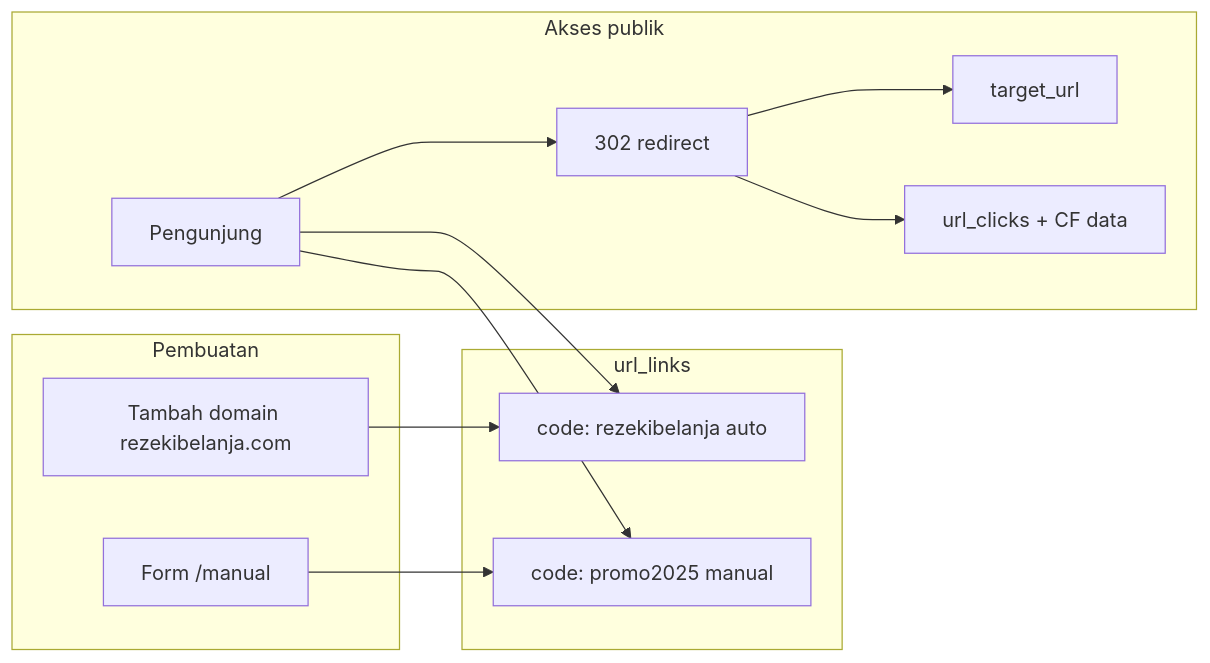
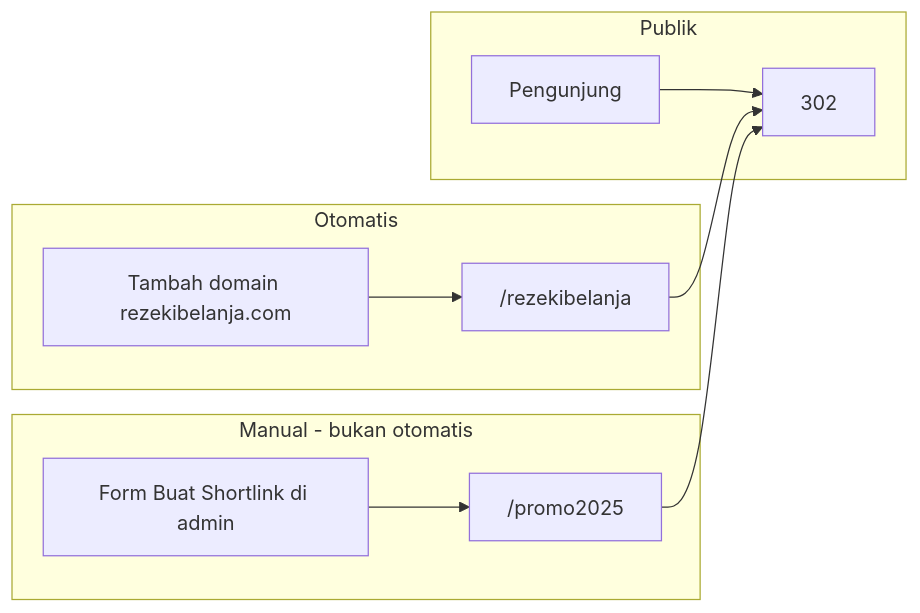
The diagram in Plan/19-modul-url-shortlink.md (WBetEngine/Seosementara), drawn with Mermaid before and after one commit. The commit also changed other lines of this file and 2 other files, not shown here.

First line of the commit message:
Klarifikasi: manual = pembuatan shortlink oleh user, bukan path /manual

````diff
--- a/Plan/19-modul-url-shortlink.md
+++ b/Plan/19-modul-url-shortlink.md
@@ -25,20 +34,16 @@
 ```mermaid
 flowchart LR
-  subgraph create [Pembuatan]
+  subgraph auto [Otomatis]
     D[Tambah domain rezekibelanja.com]
-    M[Form /manual]
+    D --> A["/rezekibelanja"]
   end
-  subgraph store [url_links]
-    A[code: rezekibelanja auto]
-    B[code: promo2025 manual]
+  subgraph man [Manual - bukan otomatis]
+    F[Form Buat Shortlink di admin]
+    F --> B["/promo2025"]
   end
-  subgraph hit [Akses publik]
-    U[Pengunjung] --> R[302 redirect]
-    R --> T[target_url]
-    R --> C[url_clicks + CF data]
+  subgraph pub [Publik]
+    U[Pengunjung] --> R[302]
   end
-  D --> A
-  M --> B
-  U --> A
-  U --> B
+  A --> R
+  B --> R
 ```
````
